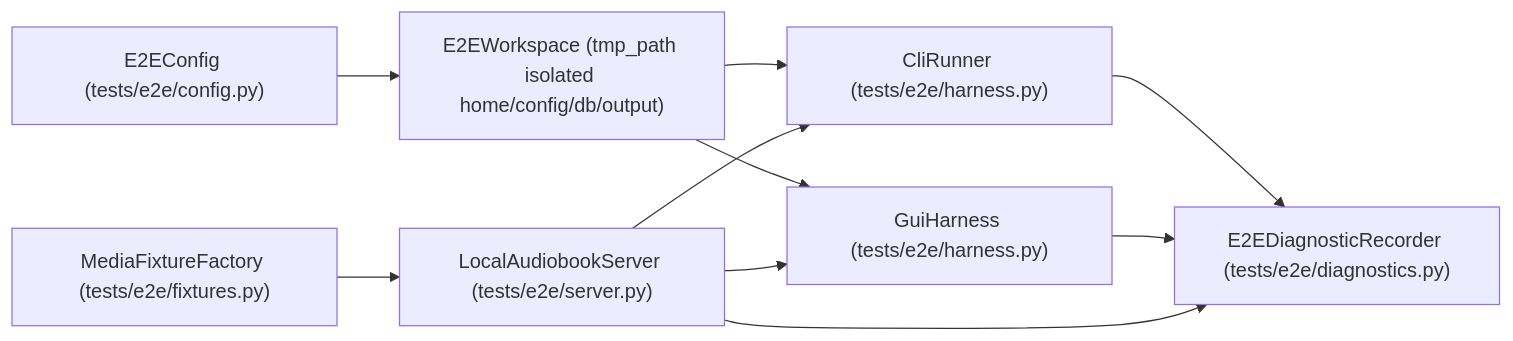
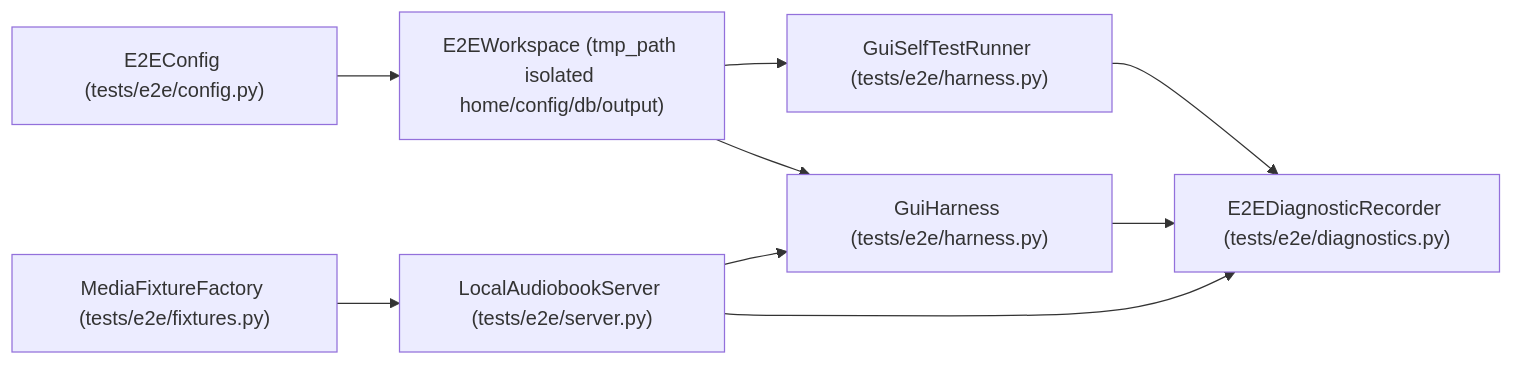
The diagram in docs/testing.md (AndersonDiego42/audiobook-dl), drawn with Mermaid before and after one commit. The commit also changed other lines of this file and 87 other files, not shown here.

Commit message:
feat: restructure application into Python package with desktop GUI and comprehensive test suite

````diff
--- a/docs/testing.md
+++ b/docs/testing.md
@@ -54,12 +54,11 @@
 ```mermaid
 flowchart LR
     Cfg["E2EConfig (tests/e2e/config.py)"] --> WS["E2EWorkspace (tmp_path isolated home/config/db/output)"]
     Factory["MediaFixtureFactory (tests/e2e/fixtures.py)"] --> Server["LocalAudiobookServer (tests/e2e/server.py)"]
-    WS --> CLI["CliRunner (tests/e2e/harness.py)"]
+    WS --> SelfTest["GuiSelfTestRunner (tests/e2e/harness.py)"]
     WS --> GUI["GuiHarness (tests/e2e/harness.py)"]
-    Server --> CLI
     Server --> GUI
-    CLI --> Diag["E2EDiagnosticRecorder (tests/e2e/diagnostics.py)"]
+    SelfTest --> Diag["E2EDiagnosticRecorder (tests/e2e/diagnostics.py)"]
     GUI --> Diag
     Server --> Diag
 ```
````
